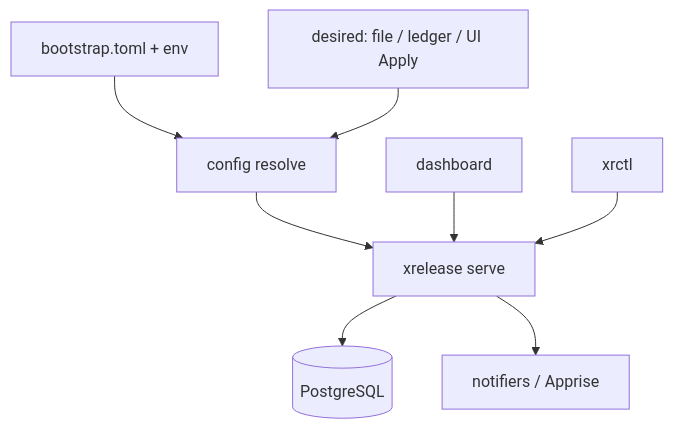
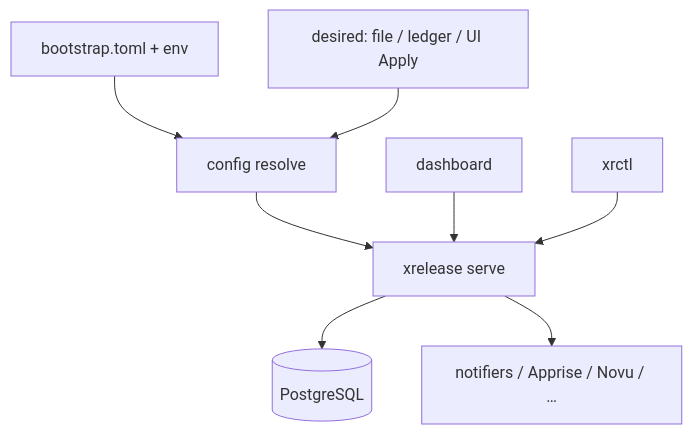
One commit to Myskiv-Ivan/xrelease changed the first of 2 diagrams in docs/concepts/architecture.md. Above: the diagram before and after it, drawn with Mermaid. The commit also changed 47 other files, not shown here.

````diff
--- a/docs/concepts/architecture.md
+++ b/docs/concepts/architecture.md
@@ -9,10 +9,10 @@
 ```mermaid
 flowchart TB
   BOOT[bootstrap.toml + env] --> RESOLVE[config resolve]
   DES[desired: file / ledger / UI Apply] --> RESOLVE
   RESOLVE --> SERVE[xrelease serve]
   SERVE --> PG[(PostgreSQL)]
-  SERVE --> SINKS[notifiers / Apprise]
+  SERVE --> SINKS[notifiers / Apprise / Novu / …]
   UI[dashboard] --> SERVE
   CTL[xrctl] --> SERVE
 ```
````
